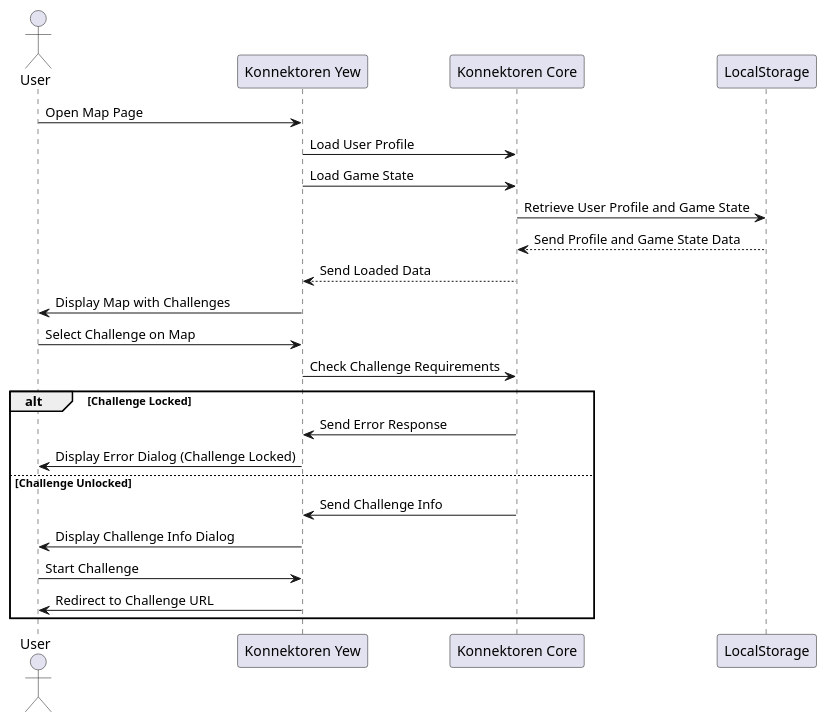
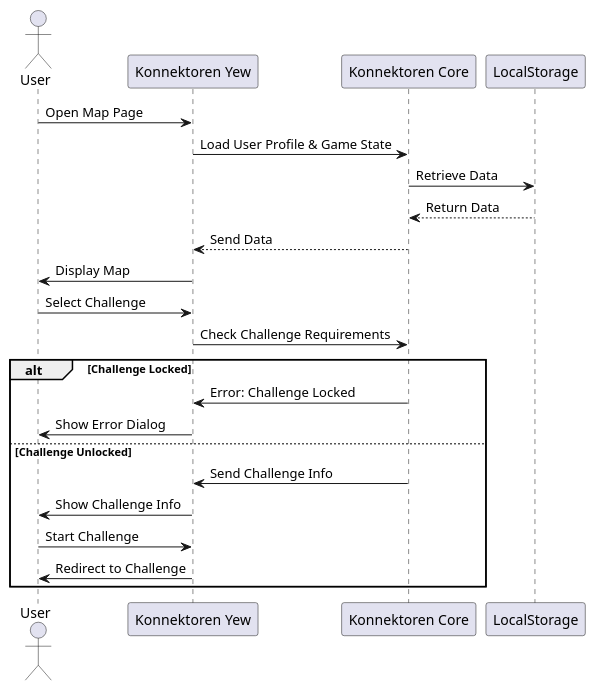
Before and after one commit to konnektoren/konnektoren-rs: the second of 7 diagrams in docs/src/06_runtime_view.adoc, drawn with PlantUML. The commit also changed other lines of this file, not shown here.

```diff
--- a/docs/src/06_runtime_view.adoc
+++ b/docs/src/06_runtime_view.adoc
@@ -70,29 +74,28 @@
 [plantuml, user-selects-challenge, png]
 ----
 @startuml
 actor User
 participant WebApp as "Konnektoren Yew"
 participant Core as "Konnektoren Core"
 participant LocalStorage
 
 User -> WebApp : Open Map Page
-WebApp -> Core : Load User Profile
-WebApp -> Core : Load Game State
-Core -> LocalStorage : Retrieve User Profile and Game State
-LocalStorage --> Core : Send Profile and Game State Data
-Core --> WebApp : Send Loaded Data
-WebApp -> User : Display Map with Challenges
+WebApp -> Core : Load User Profile & Game State
+Core -> LocalStorage : Retrieve Data
+LocalStorage --> Core : Return Data
+Core --> WebApp : Send Data
+WebApp -> User : Display Map
 
-User -> WebApp : Select Challenge on Map
+User -> WebApp : Select Challenge
 WebApp -> Core : Check Challenge Requirements
 alt Challenge Locked
-    Core -> WebApp : Send Error Response
-    WebApp -> User : Display Error Dialog (Challenge Locked)
+    Core -> WebApp : Error: Challenge Locked
+    WebApp -> User : Show Error Dialog
 else Challenge Unlocked
     Core -> WebApp : Send Challenge Info
-    WebApp -> User : Display Challenge Info Dialog
+    WebApp -> User : Show Challenge Info
     User -> WebApp : Start Challenge
-    WebApp -> User : Redirect to Challenge URL
+    WebApp -> User : Redirect to Challenge
 end
 @enduml
 ----
```
